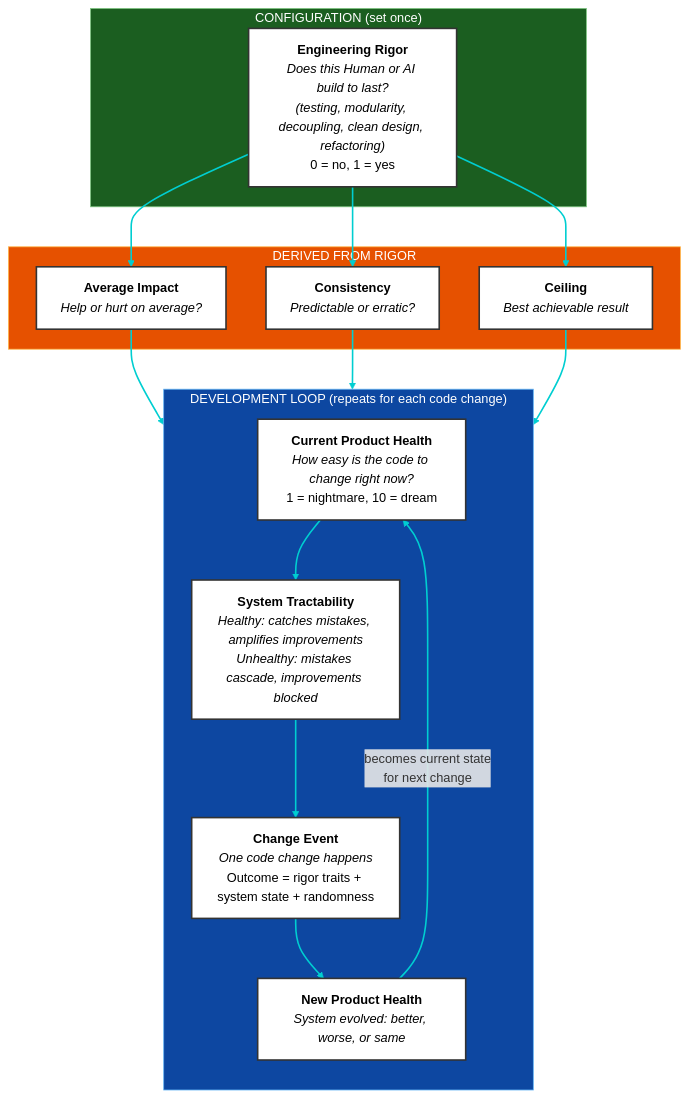
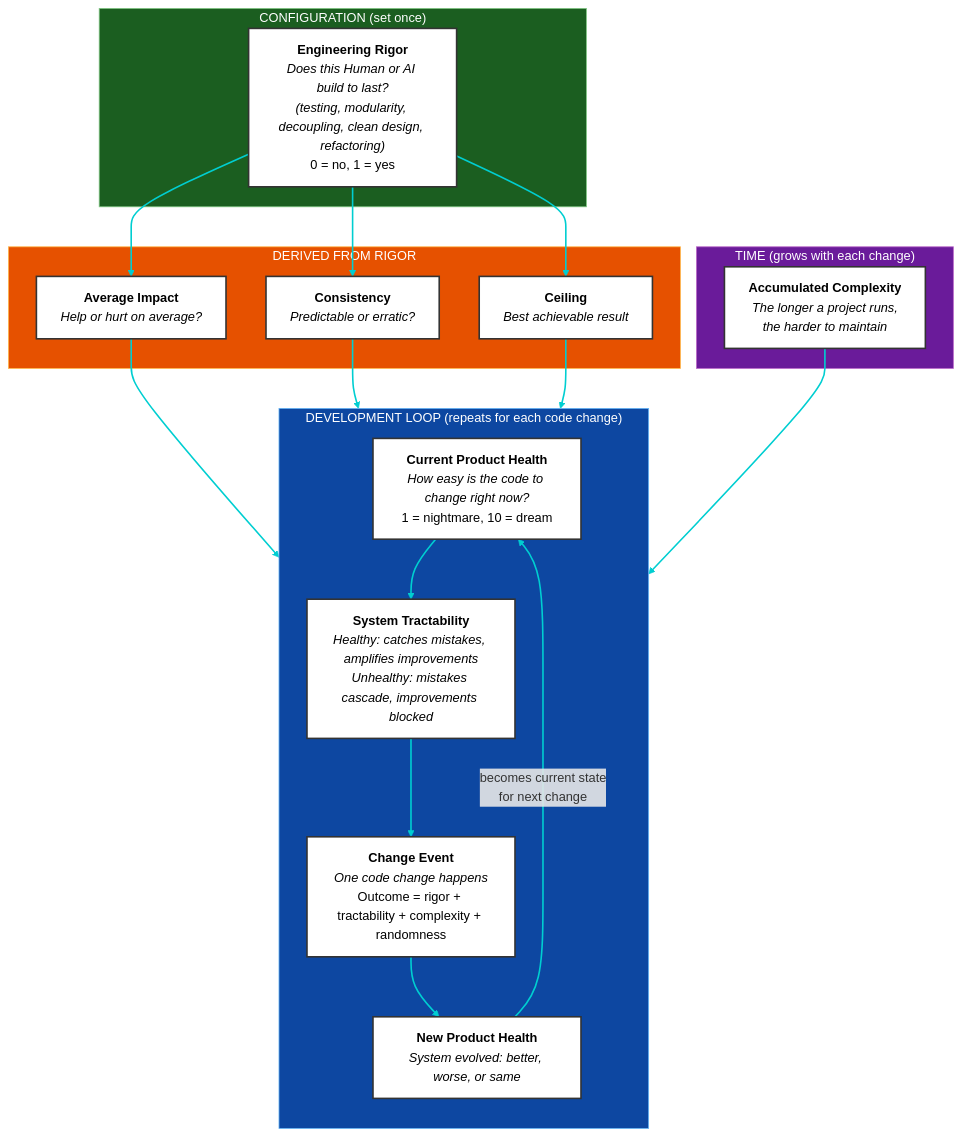
Before and after one commit to dawid-dahl-umain/product-health-dynamics: the diagram in README.md, drawn with Mermaid.

Commit message:
docs: add 'TIME' subgraph to README, illustrating the concept of accumulated complexity and its relationship with change events in software development

````diff
--- a/README.md
+++ b/README.md
@@ -67,43 +67,49 @@
 ```mermaid
 flowchart TB
     subgraph config ["CONFIGURATION (set once)"]
         ER["<b>Engineering Rigor</b><br/><i>Does this Human or AI build to last?</i><br/><i>(testing, modularity, decoupling, clean design, refactoring)</i><br/>0 = no, 1 = yes"]
     end
 
     subgraph derived ["DERIVED FROM RIGOR"]
         BI["<b>Average Impact</b><br/><i>Help or hurt on average?</i>"]
         BS["<b>Consistency</b><br/><i>Predictable or erratic?</i>"]
         MH["<b>Ceiling</b><br/><i>Best achievable result</i>"]
     end
 
+    subgraph time ["TIME (grows with each change)"]
+        AC["<b>Accumulated Complexity</b><br/><i>The longer a project runs,</i><br/><i>the harder to maintain</i>"]
+    end
+
     subgraph loop ["DEVELOPMENT LOOP (repeats for each code change)"]
         direction TB
 
         PH["<b>Current Product Health</b><br/><i>How easy is the code to change right now?</i><br/>1 = nightmare, 10 = dream"]
 
         SS["<b>System Tractability</b><br/><i>Healthy: catches mistakes, amplifies improvements</i><br/><i>Unhealthy: mistakes cascade, improvements blocked</i>"]
 
-        CE["<b>Change Event</b><br/><i>One code change happens</i><br/>Outcome = rigor traits + system state + randomness"]
+        CE["<b>Change Event</b><br/><i>One code change happens</i><br/>Outcome = rigor + tractability + complexity + randomness"]
 
         NPH["<b>New Product Health</b><br/><i>System evolved: better, worse, or same</i>"]
 
         PH --> SS
         SS --> CE
         CE --> NPH
         NPH -->|"becomes current state<br/>for next change"| PH
     end
 
     ER --> BI & BS & MH
     BI & BS & MH --> CE
+    AC --> CE
 
     %% Styling
     style config fill:#1b5e20,stroke:#81c784,color:#fff
     style derived fill:#e65100,stroke:#ffb74d,color:#fff
+    style time fill:#6a1b9a,stroke:#ba68c8,color:#fff
     style loop fill:#0d47a1,stroke:#64b5f6,color:#fff
 
     classDef nodeStyle fill:#fff,stroke:#333,color:#000,stroke-width:2px
-    class ER,PH,BI,BS,MH,SS,CE,NPH nodeStyle
+    class ER,PH,BI,BS,MH,SS,AC,CE,NPH nodeStyle
 
     linkStyle default stroke:#00ced1,stroke-width:2px
 
 ```
````
